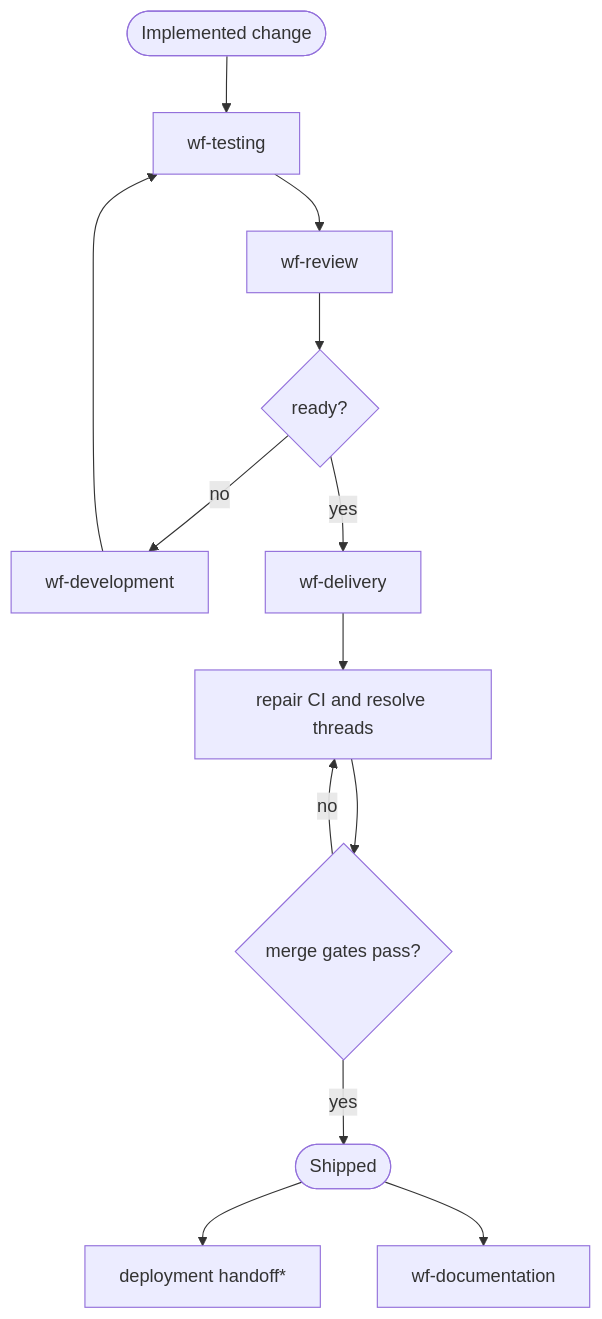
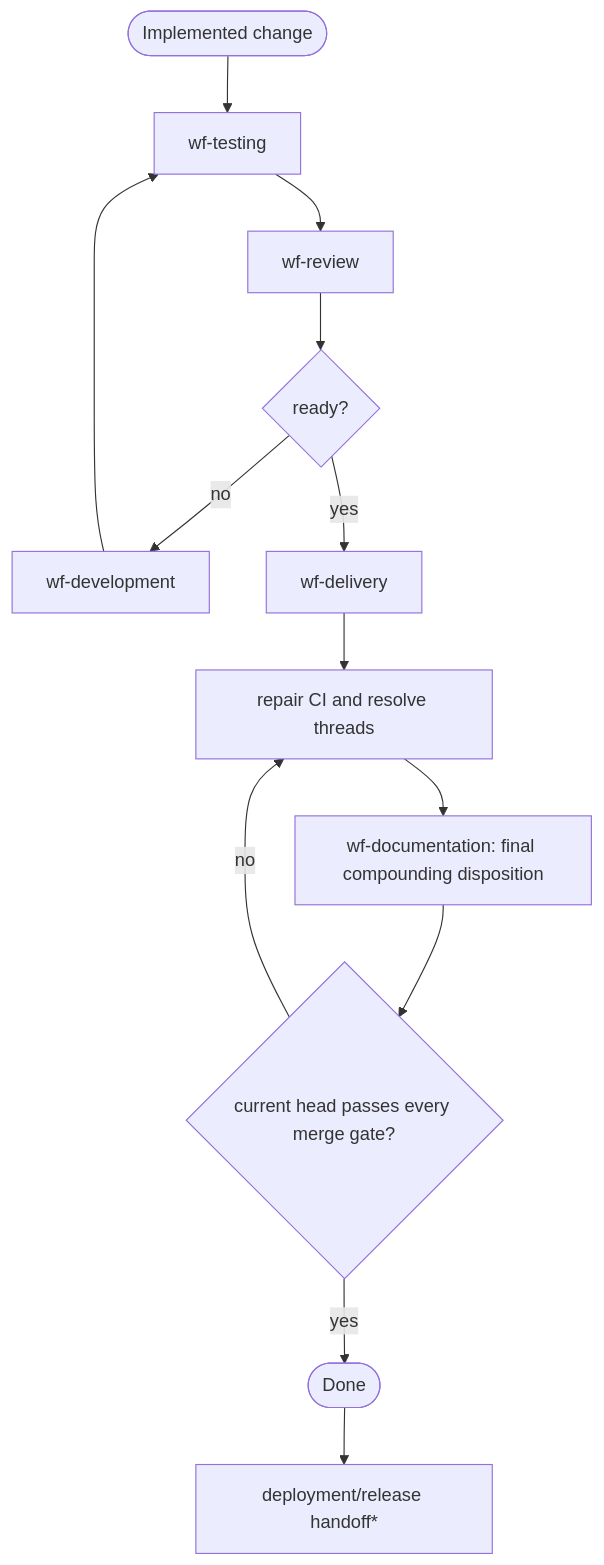
The fifth of 7 diagrams in plugins/agentic-engineering/FLOWS.md (Life-With-Data/agentic-engineering), drawn with Mermaid before and after one commit. The commit also changed other lines of this file and 50 other files, not shown here.

````diff
--- a/plugins/agentic-engineering/FLOWS.md
+++ b/plugins/agentic-engineering/FLOWS.md
@@ -76,15 +76,15 @@
 ```mermaid
 flowchart TD
     implemented([Implemented change]) --> T["wf-testing"]
     T --> R["wf-review"]
     R --> ready{"ready?"}
     ready -->|no| D["wf-development"]
     D --> T
     ready -->|yes| L["wf-delivery"]
     L --> ci["repair CI and resolve threads"]
-    ci --> merge{"merge gates pass?"}
+    ci --> K["wf-documentation: final compounding disposition"]
+    K --> merge{"current head passes every merge gate?"}
     merge -->|no| ci
-    merge -->|yes| shipped([Shipped])
-    shipped --> deploy["deployment handoff*"]
-    shipped --> K["wf-documentation"]
+    merge -->|yes| done([Done])
+    done --> deploy["deployment/release handoff*"]
 ```
````
